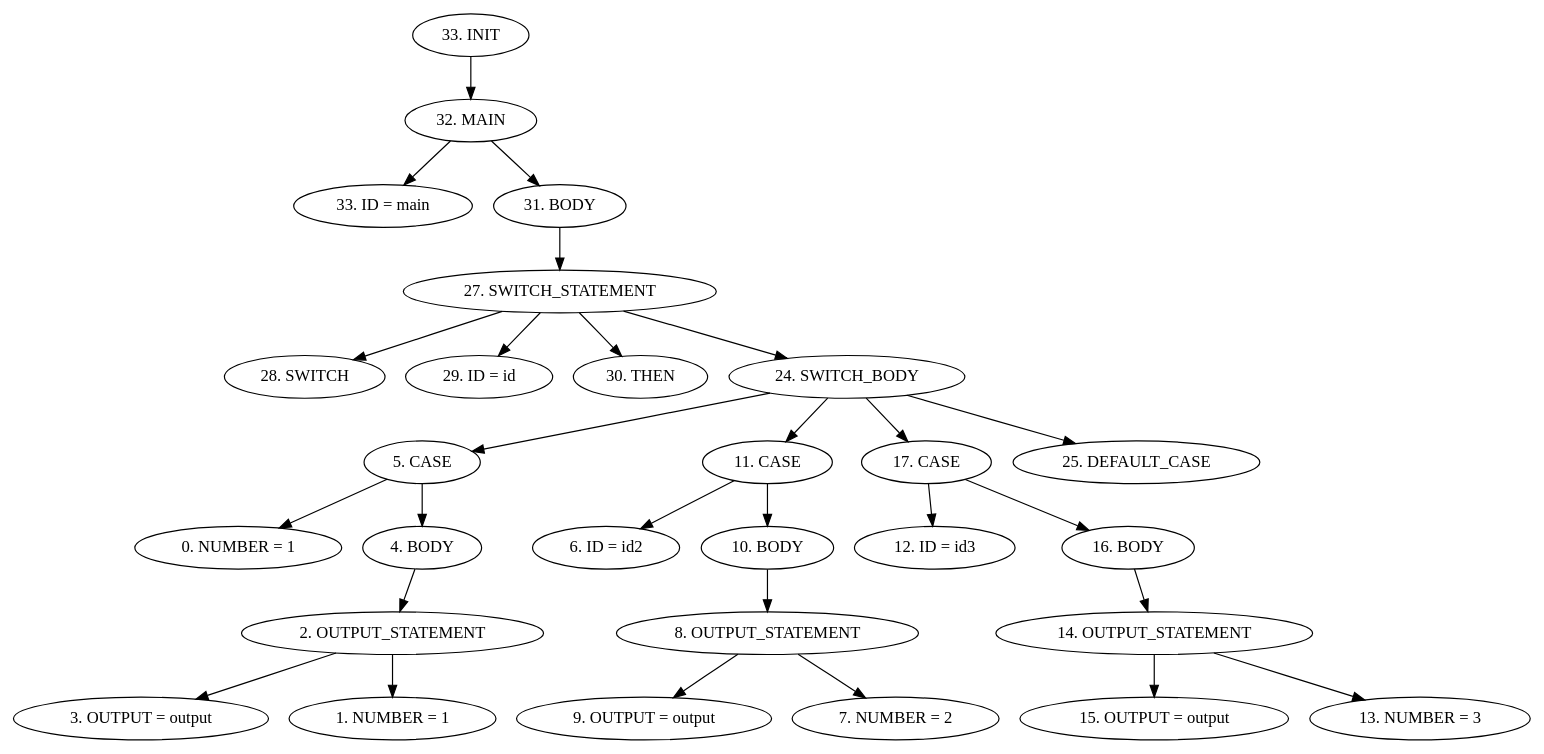
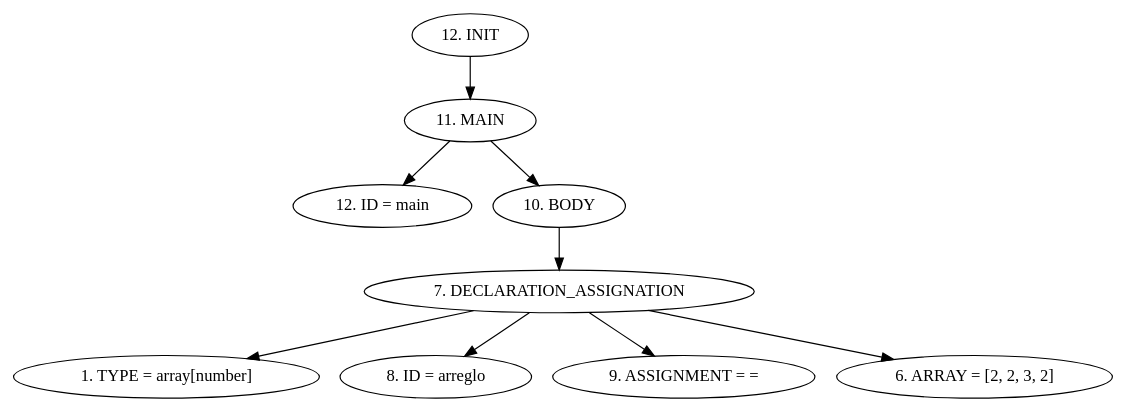
The diagram in src/AST/AST.dot (Carlosvhz/compiladores_proyecto), drawn with Graphviz before and after one commit. The commit also changed 4 other files, not shown here.

```diff
--- a/src/AST/AST.dot
+++ b/src/AST/AST.dot
@@ -1,31 +1,12 @@
 digraph G {
-"33. INIT"->"32. MAIN"
-"32. MAIN"->"33. ID = main"
-"32. MAIN"->"31. BODY"
-"31. BODY"->"27. SWITCH_STATEMENT"
-"27. SWITCH_STATEMENT"->"28. SWITCH"
-"27. SWITCH_STATEMENT"->"29. ID = id"
-"27. SWITCH_STATEMENT"->"30. THEN"
-"27. SWITCH_STATEMENT"->"24. SWITCH_BODY"
-"24. SWITCH_BODY"->"5. CASE"
-"5. CASE"->"0. NUMBER = 1"
-"5. CASE"->"4. BODY"
-"4. BODY"->"2. OUTPUT_STATEMENT"
-"2. OUTPUT_STATEMENT"->"3. OUTPUT = output"
-"2. OUTPUT_STATEMENT"->"1. NUMBER = 1"
-"24. SWITCH_BODY"->"11. CASE"
-"11. CASE"->"6. ID = id2"
-"11. CASE"->"10. BODY"
-"10. BODY"->"8. OUTPUT_STATEMENT"
-"8. OUTPUT_STATEMENT"->"9. OUTPUT = output"
-"8. OUTPUT_STATEMENT"->"7. NUMBER = 2"
-"24. SWITCH_BODY"->"17. CASE"
-"17. CASE"->"12. ID = id3"
-"17. CASE"->"16. BODY"
-"16. BODY"->"14. OUTPUT_STATEMENT"
-"14. OUTPUT_STATEMENT"->"15. OUTPUT = output"
-"14. OUTPUT_STATEMENT"->"13. NUMBER = 3"
-"24. SWITCH_BODY"->"25. DEFAULT_CASE"
+"12. INIT"->"11. MAIN"
+"11. MAIN"->"12. ID = main"
+"11. MAIN"->"10. BODY"
+"10. BODY"->"7. DECLARATION_ASSIGNATION"
+"7. DECLARATION_ASSIGNATION"->"1. TYPE = array[number]"
+"7. DECLARATION_ASSIGNATION"->"8. ID = arreglo"
+"7. DECLARATION_ASSIGNATION"->"9. ASSIGNMENT = ="
+"7. DECLARATION_ASSIGNATION"->"6. ARRAY = [2, 2, 3, 2]"
 
 
 }
```
